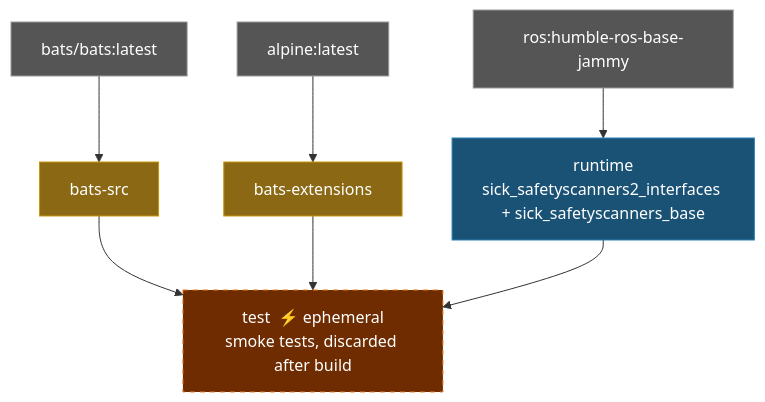
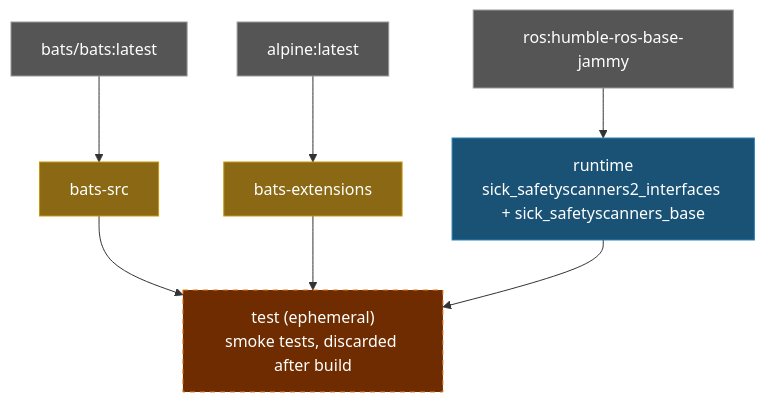
The diagram in README.md (ycpss91255-docker/sick_humble), drawn with Mermaid before and after one commit. The commit also changed 3 other files, not shown here.

Commit message:
docs: remove ⚡ emoji and translate ephemeral in architecture diagrams

````diff
--- a/README.md
+++ b/README.md
@@ -83,20 +83,20 @@
 ```mermaid
 graph TD
     EXT1["bats/bats:latest"]:::external
     EXT2["alpine:latest"]:::external
     EXT3["ros:humble-ros-base-jammy"]:::external
 
     EXT1 --> bats-src["bats-src"]:::tool
     EXT2 --> bats-ext["bats-extensions"]:::tool
 
     EXT3 --> runtime["runtime\nsick_safetyscanners2_interfaces + sick_safetyscanners_base"]:::stage
 
-    bats-src --> test["test  ⚡ ephemeral\nsmoke tests, discarded after build"]:::ephemeral
+    bats-src --> test["test (ephemeral)\nsmoke tests, discarded after build"]:::ephemeral
     bats-ext --> test
     runtime --> test
 
     classDef external fill:#555,color:#fff,stroke:#999
     classDef tool fill:#8B6914,color:#fff,stroke:#c8960c
     classDef stage fill:#1a5276,color:#fff,stroke:#2980b9
     classDef ephemeral fill:#6e2c00,color:#fff,stroke:#e67e22,stroke-dasharray:5 5
 ```
````
